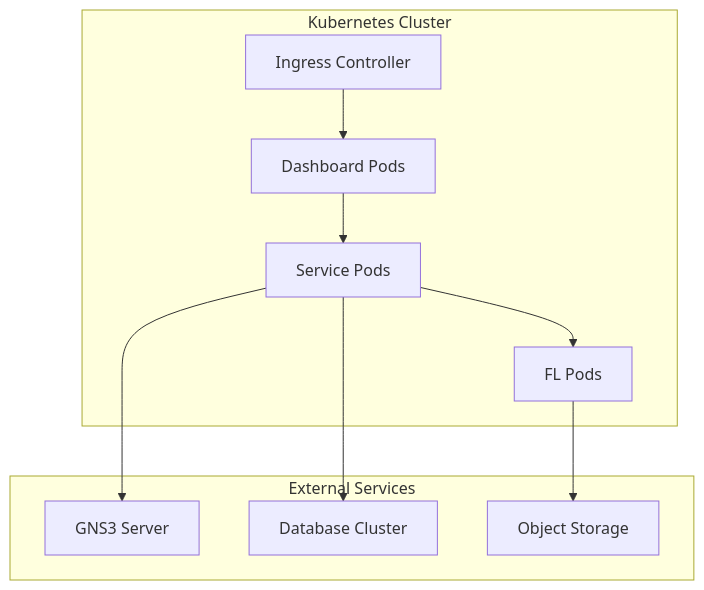
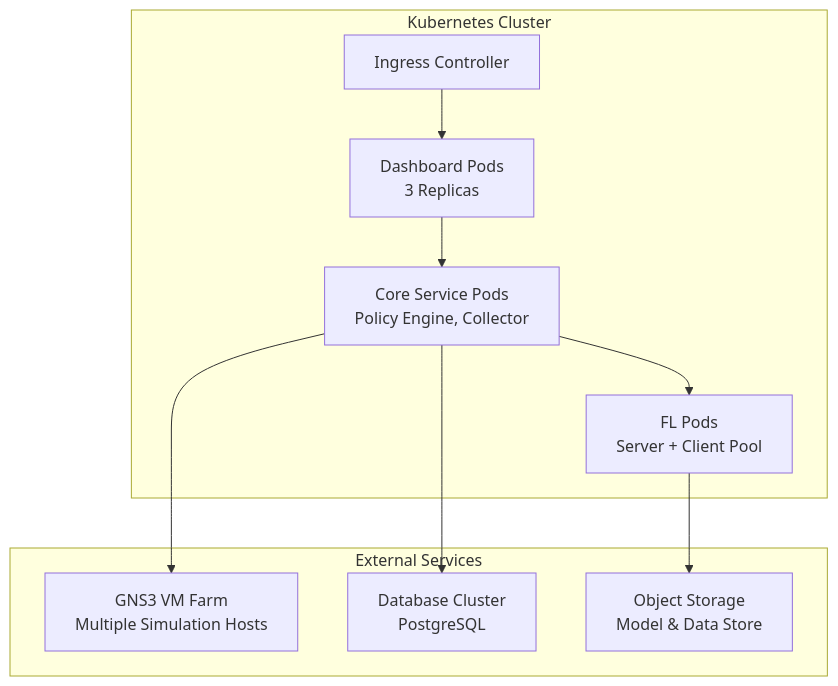
One commit to abdulmeLINK/flopy-net changed diagram 12 of 14 in docs/docs/architecture/overview.md. Above: the diagram before and after it, drawn with Mermaid. The commit also changed other lines of this file and 42 other files, not shown here.

````diff
--- a/docs/docs/architecture/overview.md
+++ b/docs/docs/architecture/overview.md
@@ -450,22 +595,22 @@
 ```mermaid
 graph TB
     subgraph "Kubernetes Cluster"
         A[Ingress Controller]
-        B[Dashboard Pods]
-        C[Service Pods]
-        D[FL Pods]
+        B[Dashboard Pods<br/>3 Replicas]
+        C[Core Service Pods<br/>Policy Engine, Collector]
+        D[FL Pods<br/>Server + Client Pool]
     end
     
     subgraph "External Services"
-        E[GNS3 Server]
-        F[Database Cluster]
-        G[Object Storage]
+        E[GNS3 VM Farm<br/>Multiple Simulation Hosts]
+        F[Database Cluster<br/>PostgreSQL]
+        G[Object Storage<br/>Model & Data Store]
     end
     
     A --> B
     B --> C
     C --> D
     C --> E
     C --> F
     D --> G
 ```
````
